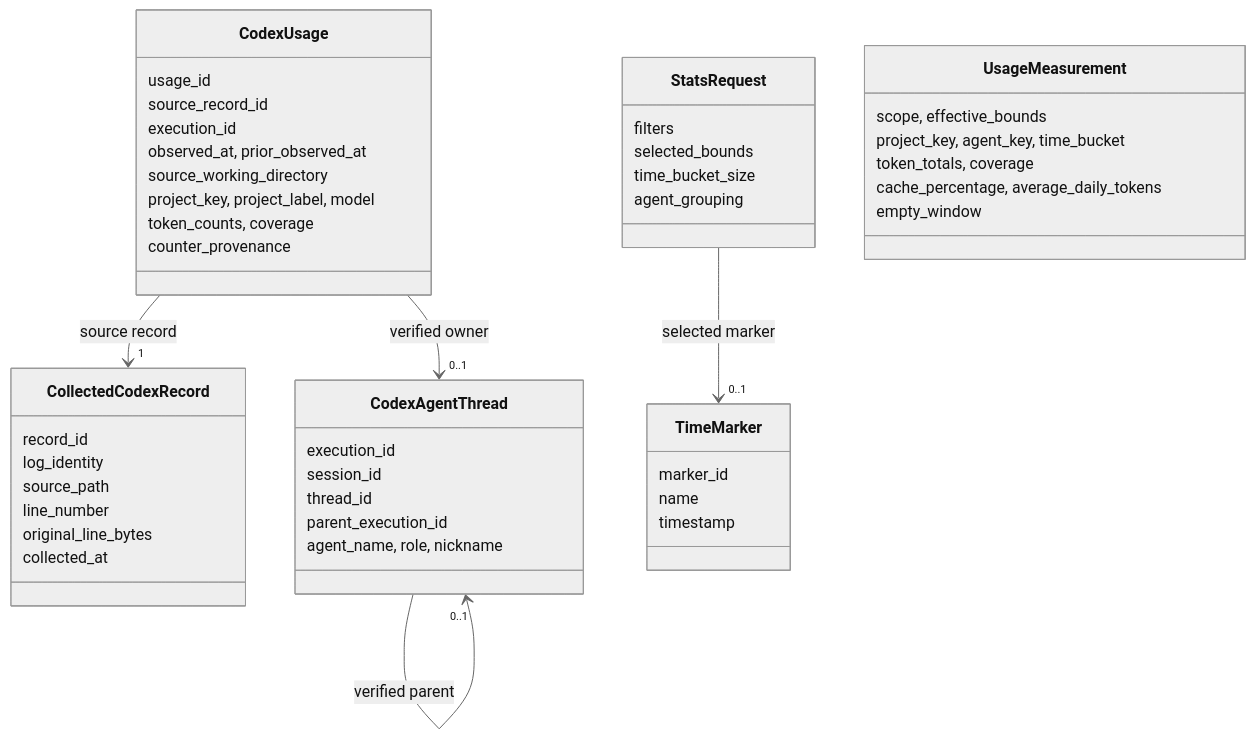
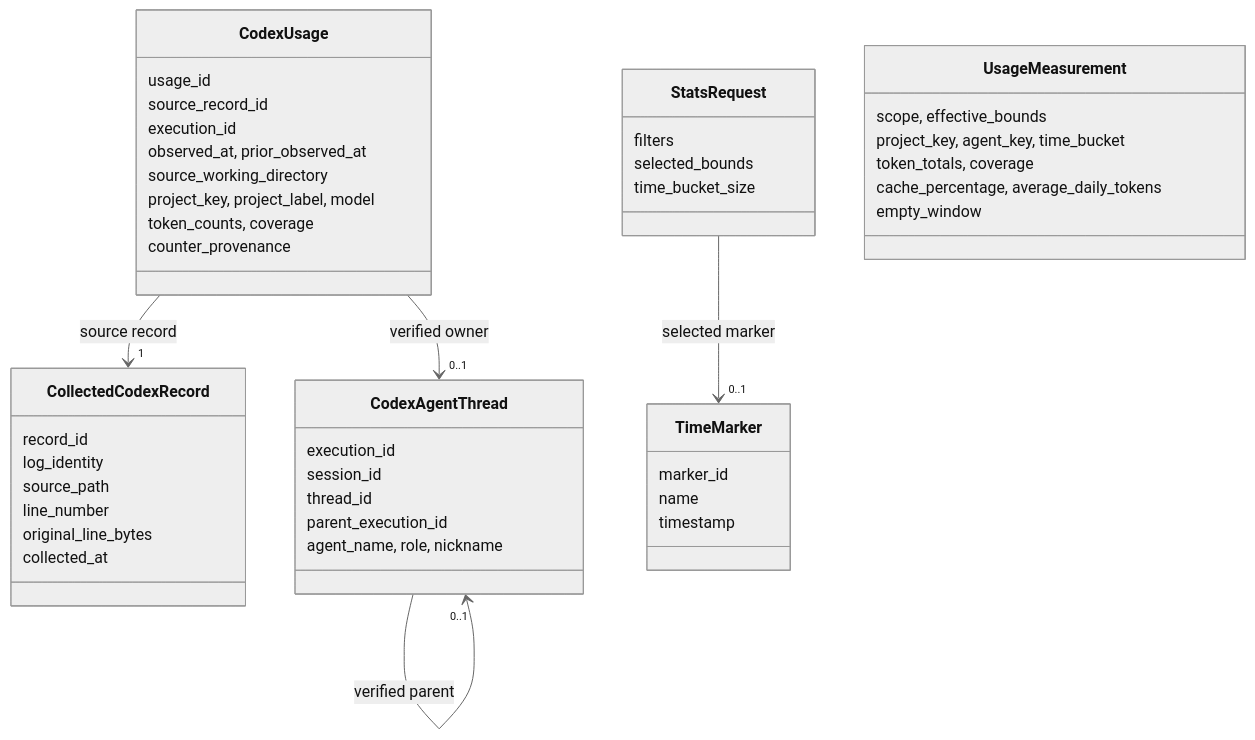
One commit to xtrmstep/codex-stats-analyzer changed the diagram in specification/02-architecture/02-design/010-usage-data-model.md. Above: the diagram before and after it, drawn with Mermaid (neutral theme). The commit also changed 6 other files, not shown here.

````diff
--- a/specification/02-architecture/02-design/010-usage-data-model.md
+++ b/specification/02-architecture/02-design/010-usage-data-model.md
@@ -20,50 +20,49 @@
 ```mermaid
 classDiagram
     class CollectedCodexRecord {
         record_id
         log_identity
         source_path
         line_number
         original_line_bytes
         collected_at
     }
     class CodexAgentThread {
         execution_id
         session_id
         thread_id
         parent_execution_id
         agent_name, role, nickname
     }
     class CodexUsage {
         usage_id
         source_record_id
         execution_id
         observed_at, prior_observed_at
         source_working_directory
         project_key, project_label, model
         token_counts, coverage
         counter_provenance
     }
     class TimeMarker {
         marker_id
         name
         timestamp
     }
     class StatsRequest {
         filters
         selected_bounds
         time_bucket_size
-        agent_grouping
     }
     class UsageMeasurement {
         scope, effective_bounds
         project_key, agent_key, time_bucket
         token_totals, coverage
         cache_percentage, average_daily_tokens
         empty_window
     }
     CodexUsage --> "1" CollectedCodexRecord : source record
     CodexUsage --> "0..1" CodexAgentThread : verified owner
     CodexAgentThread --> "0..1" CodexAgentThread : verified parent
     StatsRequest --> "0..1" TimeMarker : selected marker
 ```
````
